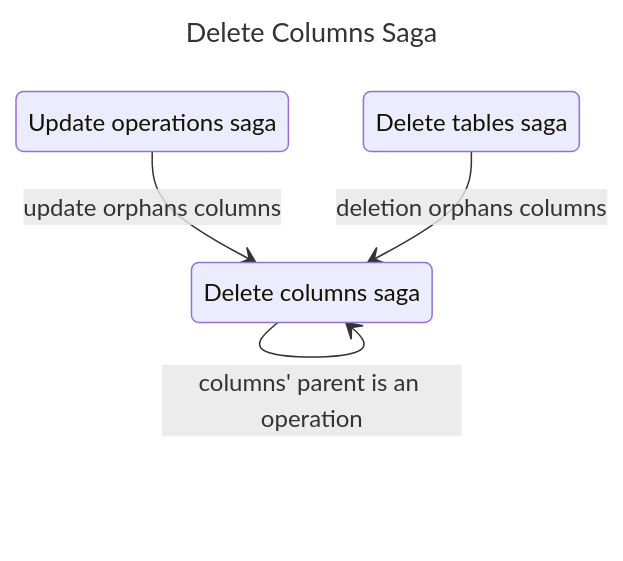
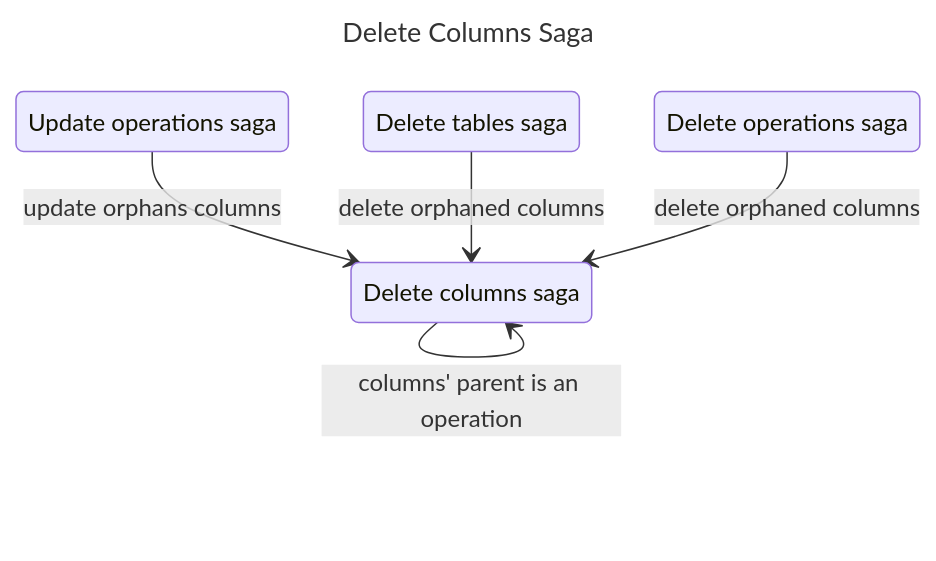
Before and after one commit to steve-kasica/roundup: the diagram in src/sagas/deleteColumnsSaga/README.md, drawn with Mermaid. The commit also changed 2 other files, not shown here.

Commit message:
Delete operation columns when an operation is deleted.

````diff
--- a/src/sagas/deleteColumnsSaga/README.md
+++ b/src/sagas/deleteColumnsSaga/README.md
@@ -10,12 +10,14 @@
 ```mermaid
 ---
 title: Delete Columns Saga
 ---
   stateDiagram
     deleteCols:Delete columns saga
     updateOps:Update operations saga
     deleteTables:Delete tables saga
+    deleteOps:Delete operations saga
     deleteCols --> deleteCols: columns' parent is an operation
     updateOps --> deleteCols: update orphans columns
-    deleteTables --> deleteCols: deletion orphans columns
+    deleteTables --> deleteCols: delete orphaned columns
+    deleteOps --> deleteCols: delete orphaned columns
 ```
````
